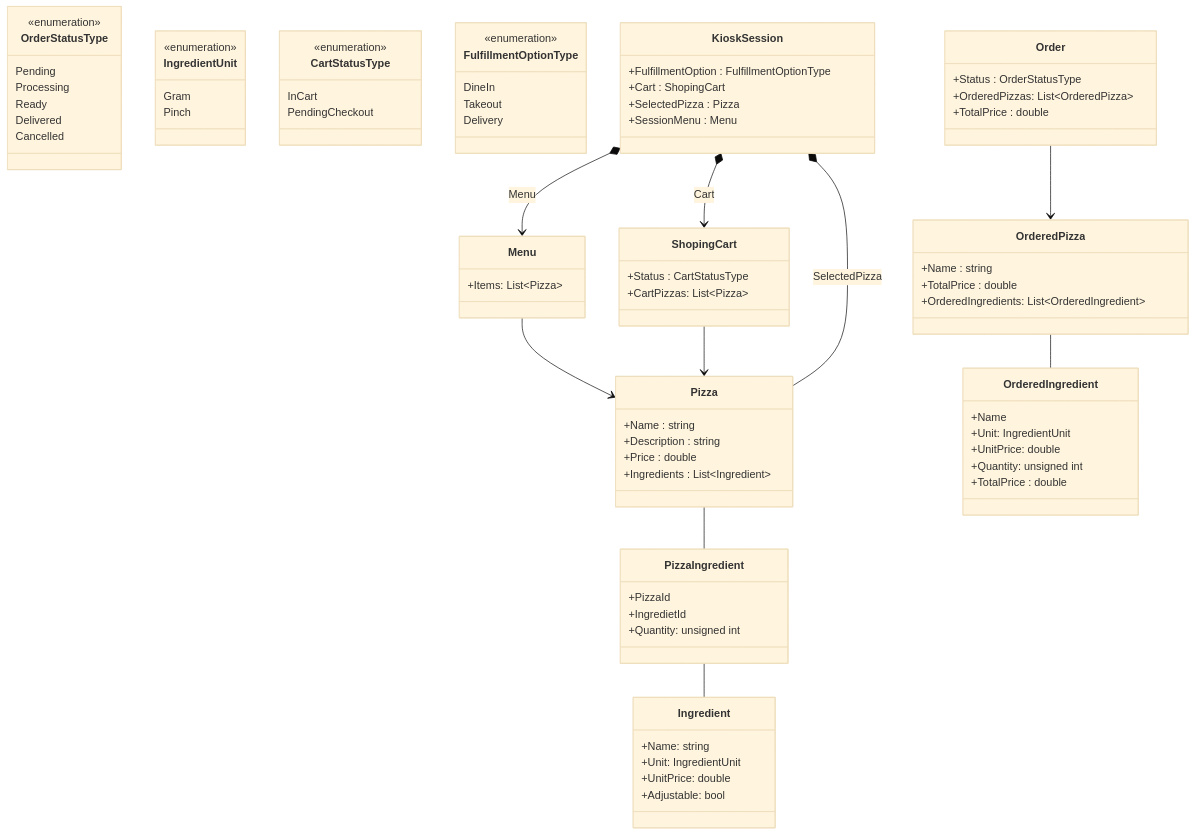
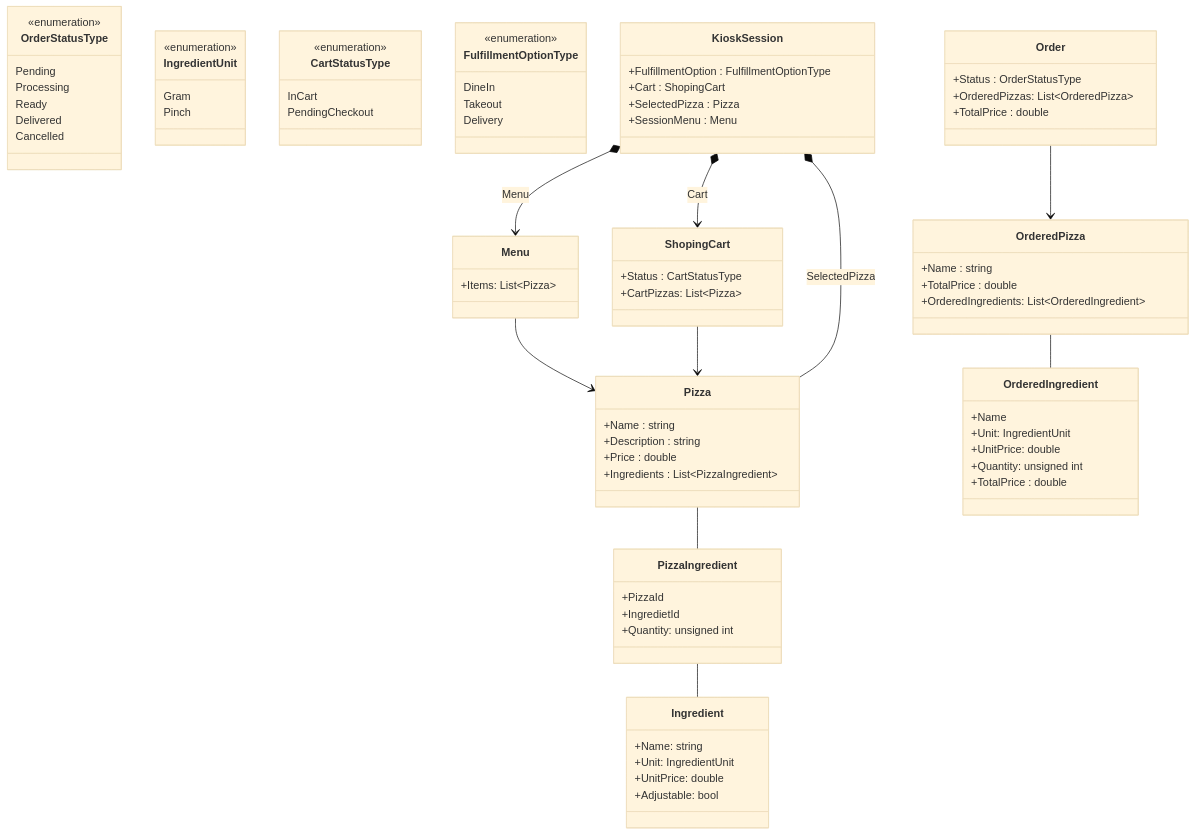
One commit to ekral/FAI changed the diagram in AF/src/Utb.PizzaKiosk/README.md. Above: the diagram before and after it, drawn with Mermaid (base theme).

Commit message:
update diagram

```diff
--- a/AF/src/Utb.PizzaKiosk/README.md
+++ b/AF/src/Utb.PizzaKiosk/README.md
@@ -230,7 +230,7 @@
       +Name : string
       +Description : string
       +Price : double
-      +Ingredients : List~Ingredient~
+      +Ingredients : List~PizzaIngredient~
    }
 
    class PizzaIngredient {
```
